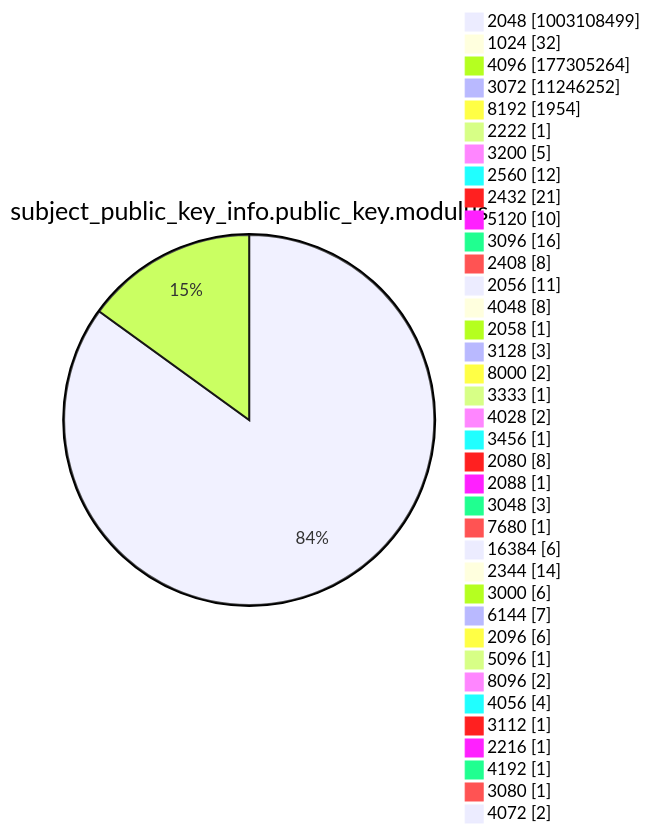
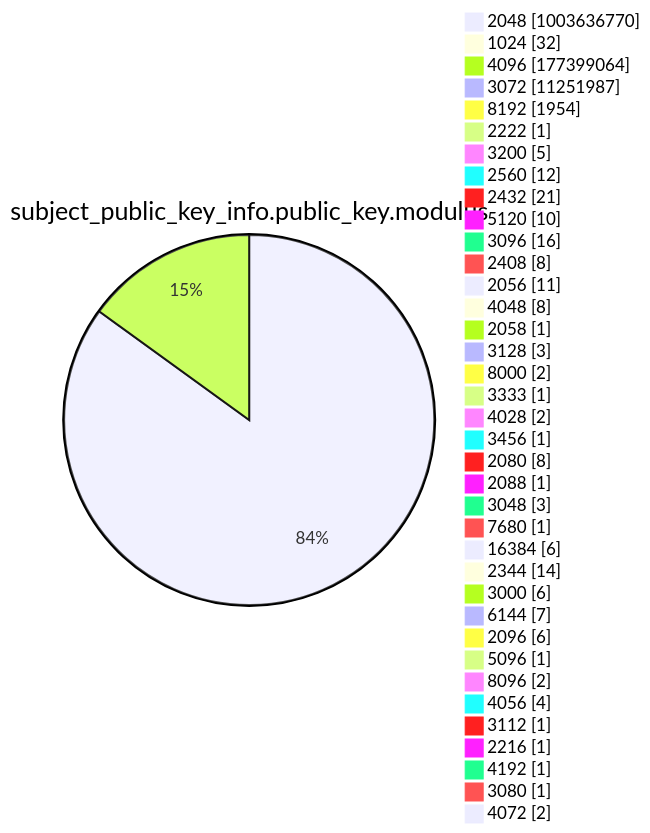
Before and after one commit to christiankrug/ctmonitor_visualization: diagram 13 of 15 in argon2022/README.md, drawn with Mermaid. The commit also changed other lines of this file, not shown here.

````diff
--- a/argon2022/README.md
+++ b/argon2022/README.md
@@ -3587,41 +3587,41 @@
 ```mermaid
 pie showData
 title subject_public_key_info.public_key.modulus
-"2048" :1003108499
+"2048" :1003636770
 "1024" :32
-"4096" :177305264
-"3072" :11246252
+"4096" :177399064
+"3072" :11251987
 "8192" :1954
 "2222" :1
 "3200" :5
 "2560" :12
 "2432" :21
 "5120" :10
 "3096" :16
 "2408" :8
 "2056" :11
 "4048" :8
 "2058" :1
 "3128" :3
 "8000" :2
 "3333" :1
 "4028" :2
 "3456" :1
 "2080" :8
 "2088" :1
 "3048" :3
 "7680" :1
 "16384" :6
 "2344" :14
 "3000" :6
 "6144" :7
 "2096" :6
 "5096" :1
 "8096" :2
 "4056" :4
 "3112" :1
 "2216" :1
 "4192" :1
 "3080" :1
 "4072" :2
 ```
````
